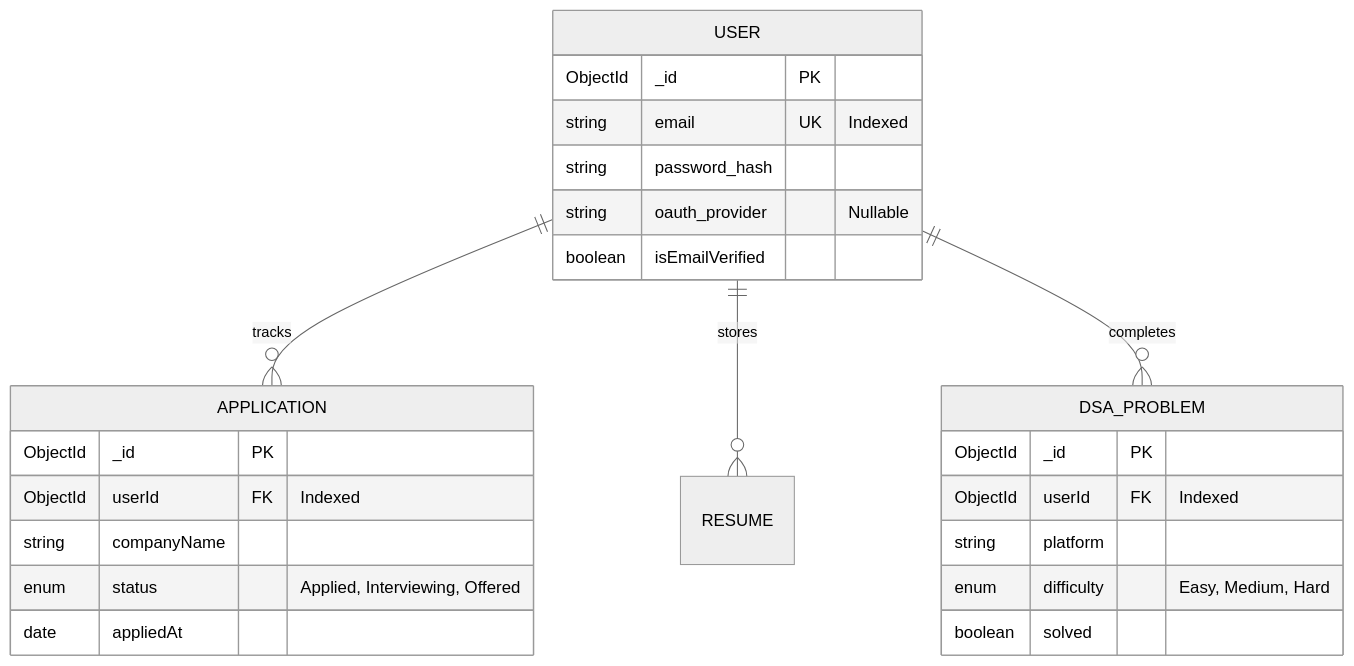
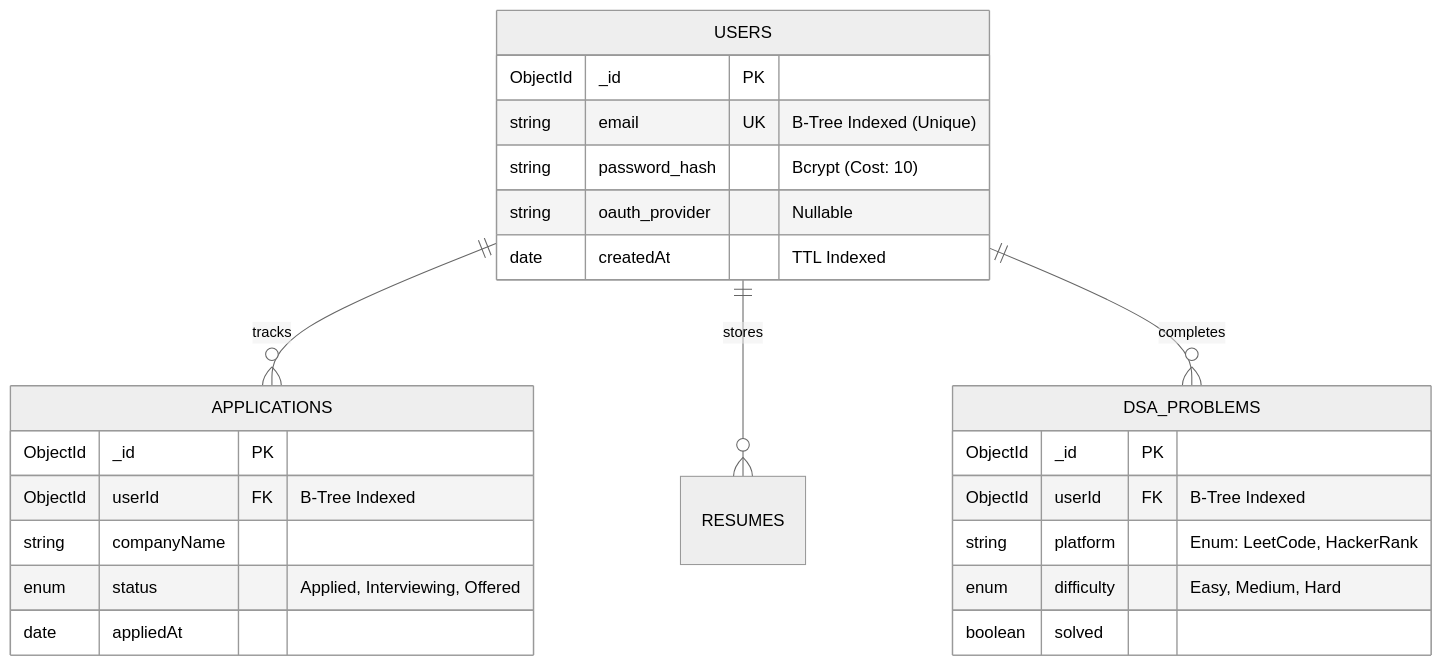
One commit to sandeep-kumar-270904/my-personal-tracking-system- changed the third of 4 diagrams in README.md. Above: the diagram before and after it, drawn with Mermaid (neutral theme). The commit also changed other lines of this file, not shown here.

````diff
--- a/README.md
+++ b/README.md
@@ -169,30 +181,30 @@
 ```mermaid
 erDiagram
-    USER ||--o{ APPLICATION : tracks
-    USER ||--o{ RESUME : stores
-    USER ||--o{ DSA_PROBLEM : completes
+    USERS ||--o{ APPLICATIONS : tracks
+    USERS ||--o{ RESUMES : stores
+    USERS ||--o{ DSA_PROBLEMS : completes
 
-    USER {
+    USERS {
         ObjectId _id PK
-        string email UK "Indexed"
-        string password_hash
+        string email UK "B-Tree Indexed (Unique)"
+        string password_hash "Bcrypt (Cost: 10)"
         string oauth_provider "Nullable"
-        boolean isEmailVerified
+        date createdAt "TTL Indexed"
     }
 
-    APPLICATION {
+    APPLICATIONS {
         ObjectId _id PK
-        ObjectId userId FK "Indexed"
+        ObjectId userId FK "B-Tree Indexed"
         string companyName
         enum status "Applied, Interviewing, Offered"
         date appliedAt
     }
 
-    DSA_PROBLEM {
+    DSA_PROBLEMS {
         ObjectId _id PK
-        ObjectId userId FK "Indexed"
-        string platform
+        ObjectId userId FK "B-Tree Indexed"
+        string platform "Enum: LeetCode, HackerRank"
         enum difficulty "Easy, Medium, Hard"
         boolean solved
     }
 ```
````
